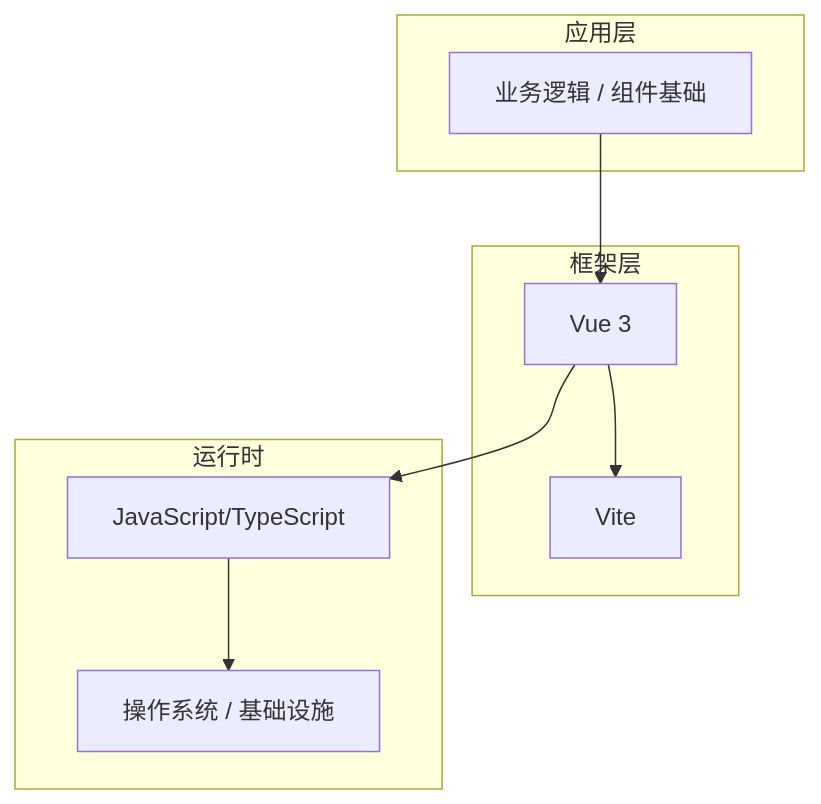
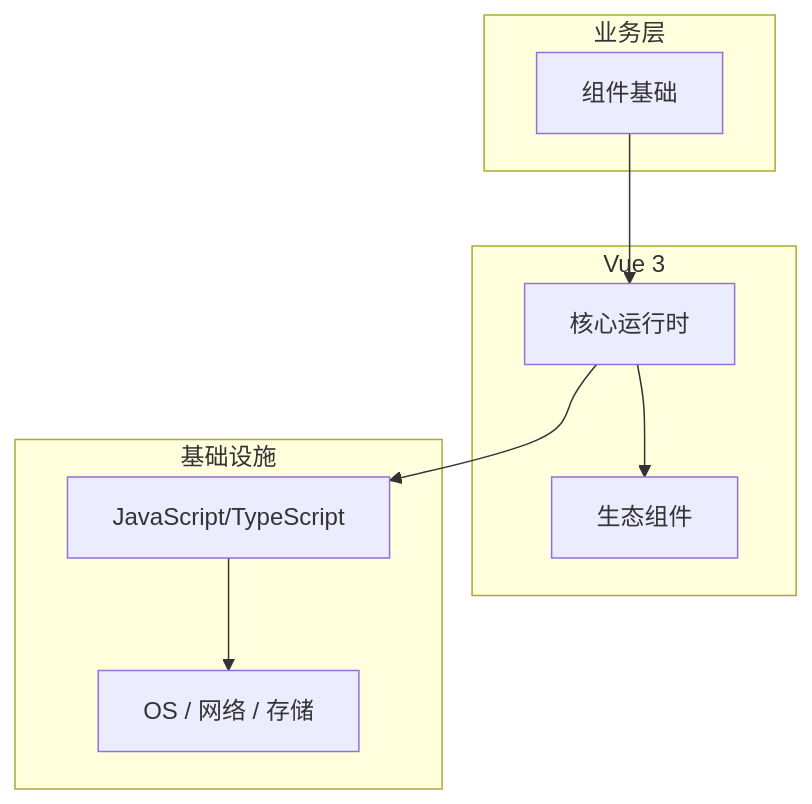
The diagram in articles/Vue/chapters/064-组件基础核心概念与原理.md (yanggan2015/knowledge-json-v2), drawn with Mermaid before and after one commit. The commit also changed other lines of this file and 10127 other files, not shown here.

````diff
--- a/articles/Vue/chapters/064-组件基础核心概念与原理.md
+++ b/articles/Vue/chapters/064-组件基础核心概念与原理.md
@@ -45,18 +34,18 @@
 ```mermaid
 graph TB
-    subgraph 应用层
-        A[业务逻辑 / 组件基础]
+    subgraph 业务层
+        A[组件基础]
     end
-    subgraph 框架层
-        B[Vue 3]
-        C[Vite]
+    subgraph Vue 3
+        B[核心运行时]
+        C[生态组件]
     end
-    subgraph 运行时
+    subgraph 基础设施
         D[JavaScript/TypeScript]
-        E[操作系统 / 基础设施]
+        E[OS / 网络 / 存储]
     end
     A --> B
     B --> C
     B --> D
     D --> E
 ```
````
